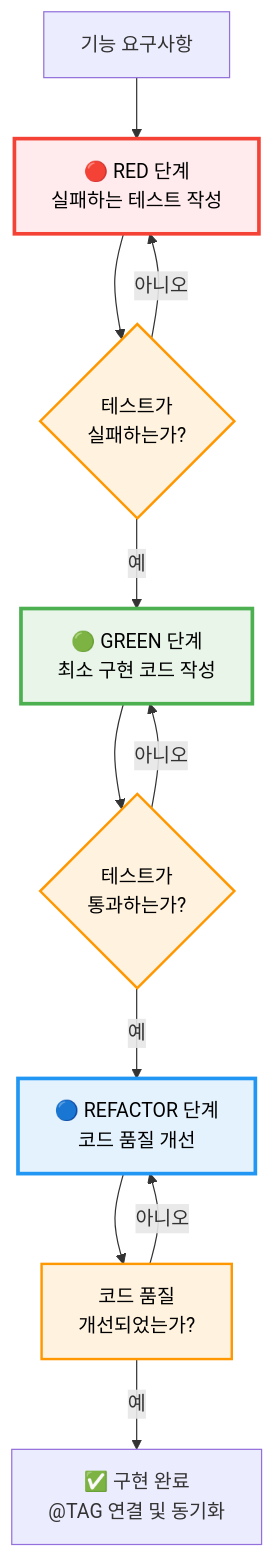
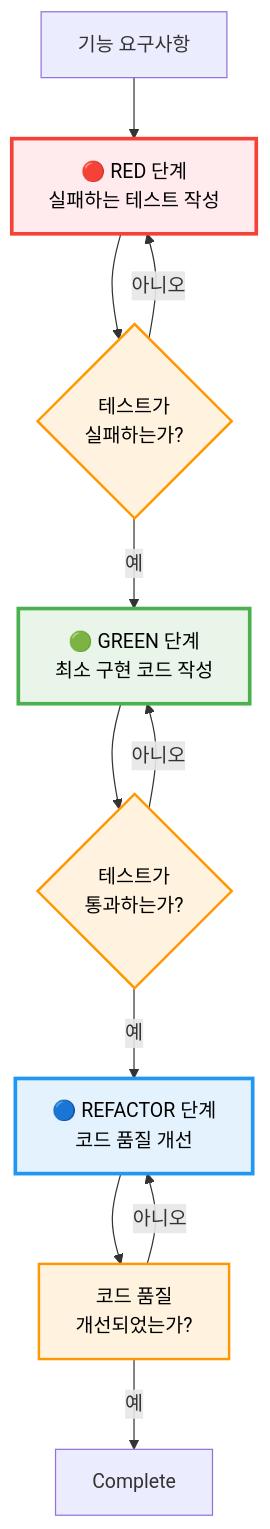
The first of 2 diagrams in docs/pages/ko/features/tdd.md (modu-ai/moai-adk), drawn with Mermaid before and after one commit. The commit also changed other lines of this file and 670 other files, not shown here.

````diff
--- a/docs/pages/ko/features/tdd.md
+++ b/docs/pages/ko/features/tdd.md
@@ -16,33 +16,32 @@
 ```mermaid
 flowchart TD
     Start["기능 요구사항"] -->
     RED["🔴 RED 단계<br/>실패하는 테스트 작성"] -->
     REDValidation{"테스트가<br/>실패하는가?"}
 
     GREEN["🟢 GREEN 단계<br/>최소 구현 코드 작성"] -->
     GREENValidation{"테스트가<br/>통과하는가?"}
 
     REFACTOR["🔵 REFACTOR 단계<br/>코드 품질 개선"] -->
     CodeQuality["코드 품질<br/>개선되었는가?"]
 
-    Complete["✅ 구현 완료<br/>@TAG 연결 및 동기화"]
 
     REDValidation -->|예| GREEN
     REDValidation -->|아니오| RED
 
     GREENValidation -->|예| REFACTOR
     GREENValidation -->|아니오| GREEN
 
     CodeQuality -->|예| Complete
     CodeQuality -->|아니오| REFACTOR
 
     classDef redPhase stroke:#f44336,stroke-width:3px,color:#000,fill:#ffebee
     classDef greenPhase stroke:#4caf50,stroke-width:3px,color:#000,fill:#e8f5e8
     classDef refactorPhase stroke:#2196f3,stroke-width:3px,color:#000,fill:#e3f2fd
     classDef decisionPhase stroke:#ff9800,stroke-width:2px,color:#000,fill:#fff3e0
 
     class RED redPhase
     class GREEN greenPhase
     class REFACTOR refactorPhase
     class REDValidation,GREENValidation,CodeQuality decisionPhase
 ```
````
